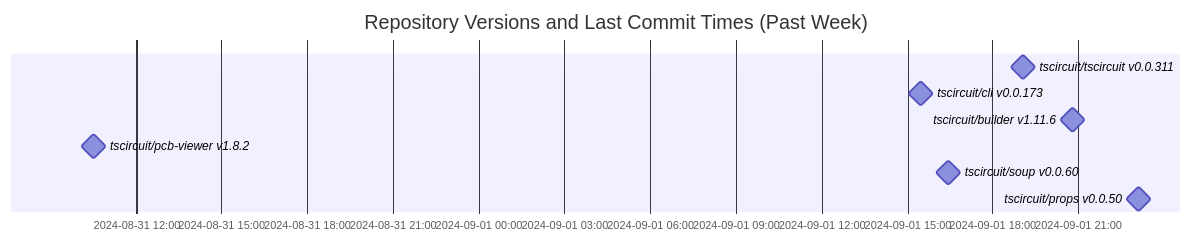
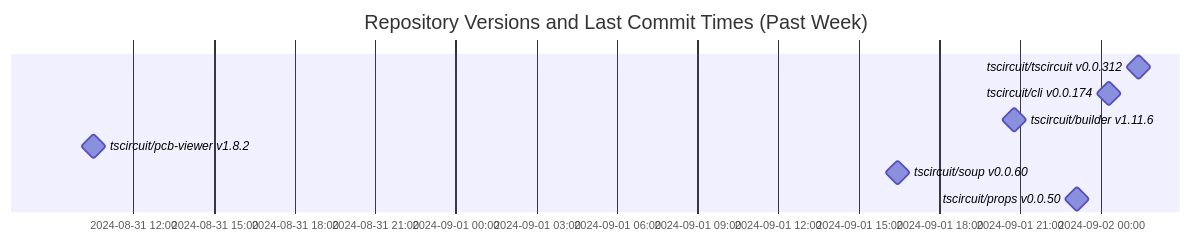
One commit to tscircuit/version-tracker changed the diagram in README.md. Above: the diagram before and after it, drawn with Mermaid.

Commit message:
Update chart

````diff
--- a/README.md
+++ b/README.md
@@ -1,13 +1,13 @@
 ```mermaid
 gantt
   dateFormat  YYYY-MM-DD HH:mm:ss
   title Repository Versions and Last Commit Times (Past Week)
   axisFormat %Y-%m-%d %H:%M
 
-  tscircuit/tscircuit v0.0.311 : milestone, 2024-09-01 19:02:50, 1s
-  tscircuit/cli v0.0.173 : milestone, 2024-09-01 15:28:45, 1s
+  tscircuit/tscircuit v0.0.312 : milestone, 2024-09-02 01:24:29, 1s
+  tscircuit/cli v0.0.174 : milestone, 2024-09-02 00:17:46, 1s
   tscircuit/builder v1.11.6 : milestone, 2024-09-01 20:47:46, 1s
   tscircuit/pcb-viewer v1.8.2 : milestone, 2024-08-31 10:30:56, 1s
   tscircuit/soup v0.0.60 : milestone, 2024-09-01 16:26:30, 1s
   tscircuit/props v0.0.50 : milestone, 2024-09-01 23:06:28, 1s
 ```
````
